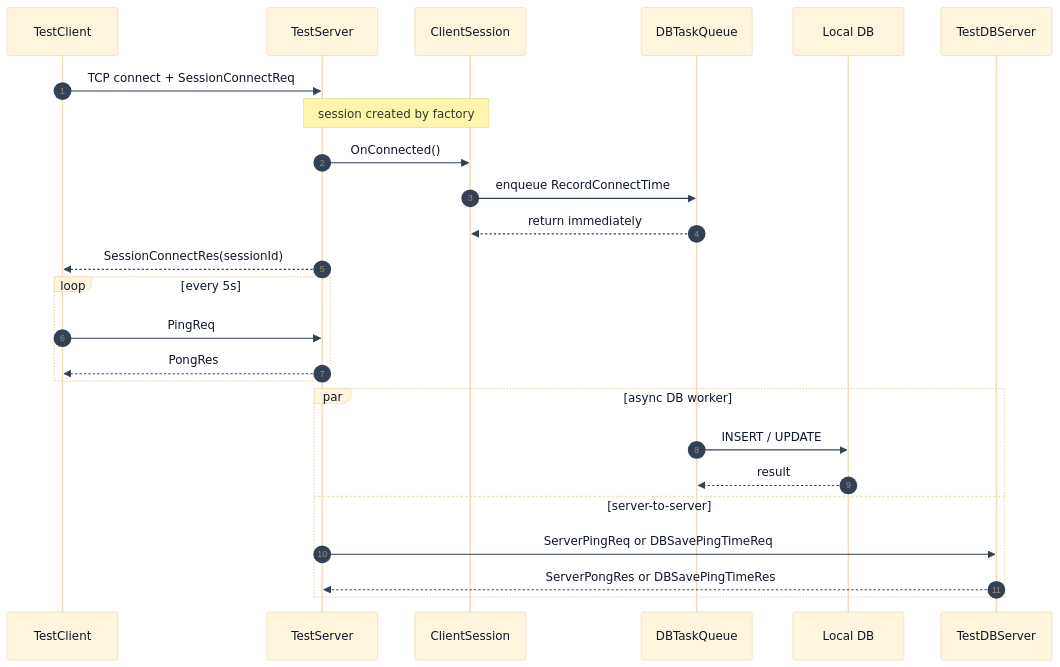
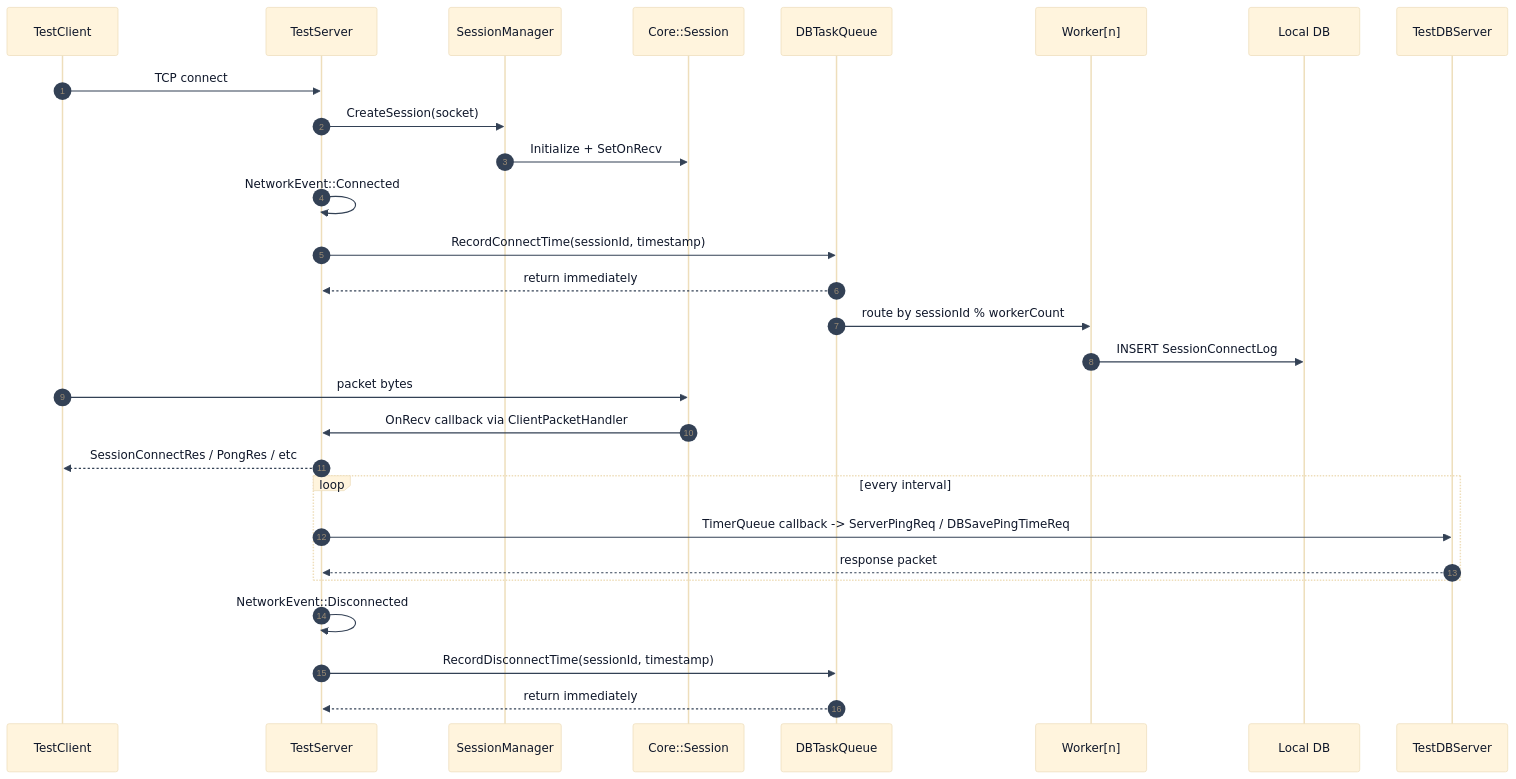
The diagram in NetworkModuleTest/Doc/WikiDraft/ServerStructure/03-Packet-and-AsyncDB-Flow.md (leedg/PublicStudy), drawn with Mermaid before and after one commit. The commit also changed other lines of this file and 34 other files, not shown here.

First line of the commit message:
docs: 문서 전면 갱신 + Network_Async_DB_Report_img B-style 통합

````diff
--- a/NetworkModuleTest/Doc/WikiDraft/ServerStructure/03-Packet-and-AsyncDB-Flow.md
+++ b/NetworkModuleTest/Doc/WikiDraft/ServerStructure/03-Packet-and-AsyncDB-Flow.md
@@ -9,36 +9,40 @@
 ```mermaid
 %%{init: {'theme':'base', 'themeVariables': {
 'fontFamily':'Segoe UI, Noto Sans KR, sans-serif',
 'primaryTextColor':'#0F172A',
 'lineColor':'#64748B',
 'signalColor':'#334155'
 }}}%%
 sequenceDiagram
     autonumber
     participant C as TestClient
     participant TS as TestServer
-    participant CS as ClientSession
+    participant SM as SessionManager
+    participant S as Core::Session
     participant Q as DBTaskQueue
+    participant W as Worker[n]
     participant DB as Local DB
     participant DBS as TestDBServer
 
-    C->>TS: TCP connect + SessionConnectReq
-    Note over TS,CS: session created by factory
-    TS->>CS: OnConnected()
-    CS->>Q: enqueue RecordConnectTime
-    Q-->>CS: return immediately
-    TS-->>C: SessionConnectRes(sessionId)
+    C->>TS: TCP connect
+    TS->>SM: CreateSession(socket)
+    SM->>S: Initialize + SetOnRecv
+    TS->>TS: NetworkEvent::Connected
+    TS->>Q: RecordConnectTime(sessionId, timestamp)
+    Q-->>TS: return immediately
+    Q->>W: route by sessionId % workerCount
+    W->>DB: INSERT SessionConnectLog
 
-    loop every 5s
-        C->>TS: PingReq
-        TS-->>C: PongRes
+    C->>S: packet bytes
+    S->>TS: OnRecv callback via ClientPacketHandler
+    TS-->>C: SessionConnectRes / PongRes / etc
+
+    loop every interval
+        TS->>DBS: TimerQueue callback -> ServerPingReq / DBSavePingTimeReq
+        DBS-->>TS: response packet
     end
 
-    par async DB worker
-        Q->>DB: INSERT / UPDATE
-        DB-->>Q: result
-    and server-to-server
-        TS->>DBS: ServerPingReq or DBSavePingTimeReq
-        DBS-->>TS: ServerPongRes or DBSavePingTimeRes
-    end
+    TS->>TS: NetworkEvent::Disconnected
+    TS->>Q: RecordDisconnectTime(sessionId, timestamp)
+    Q-->>TS: return immediately
 ```
````
